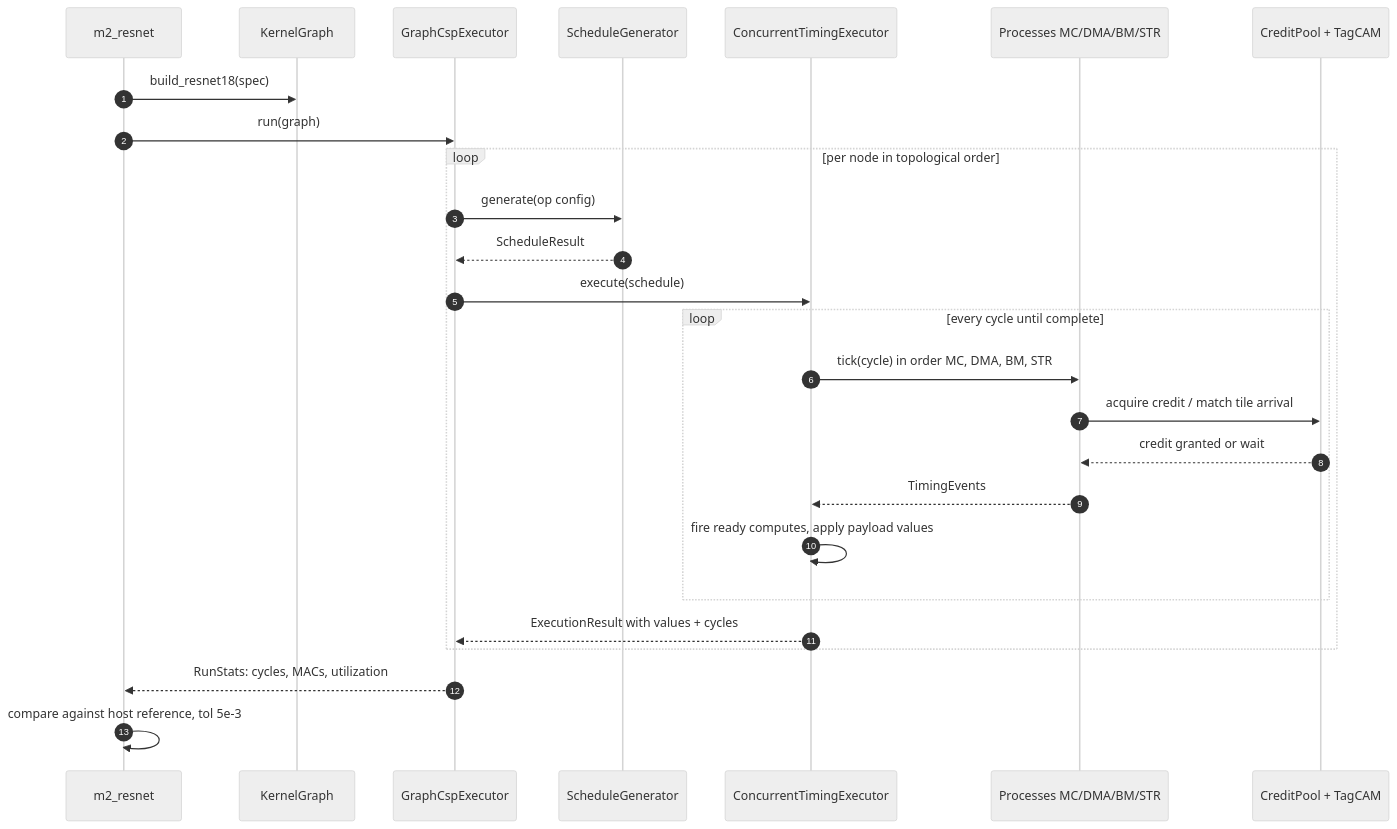
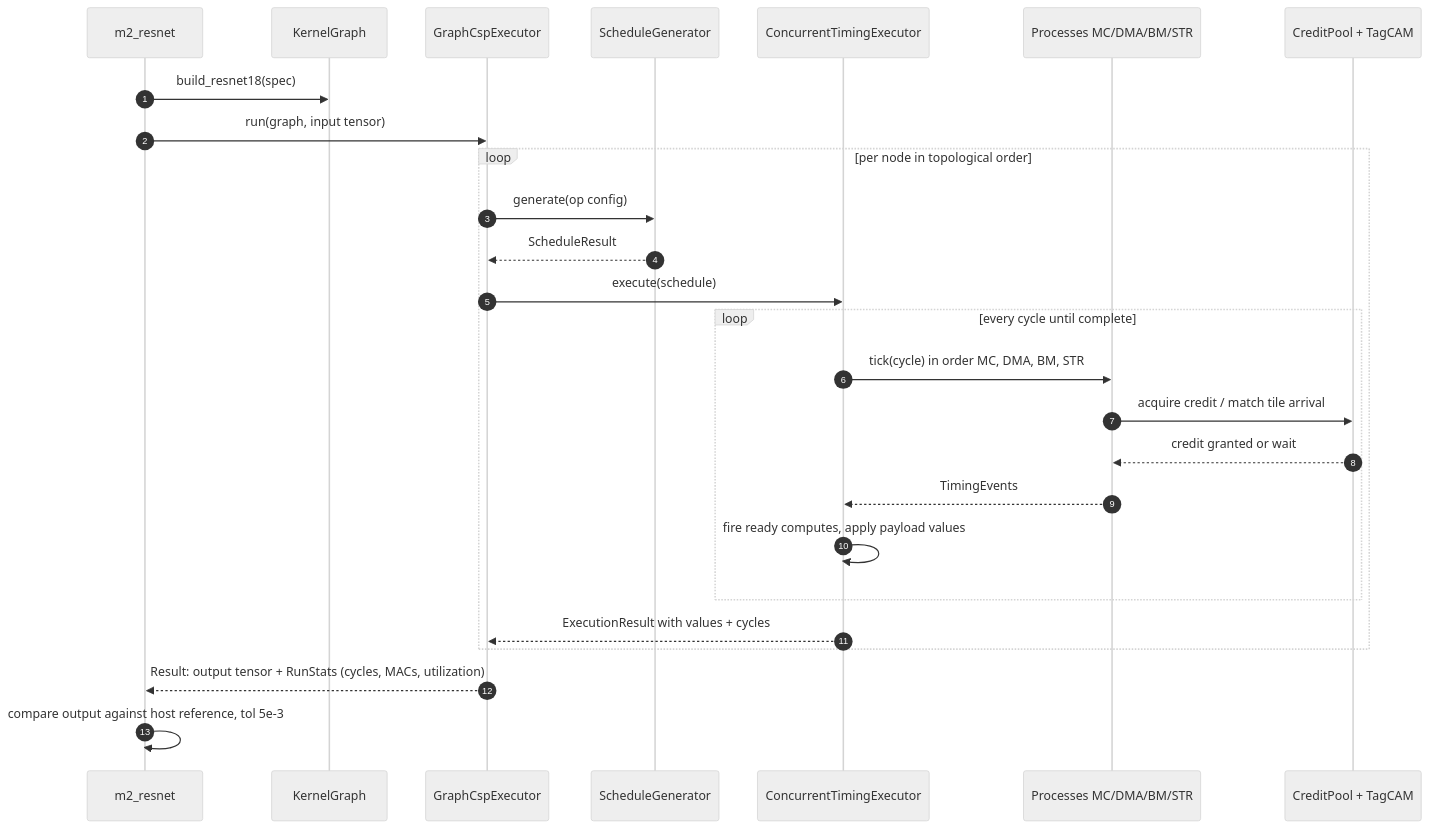
One commit to stillwater-sc/kpu-sim changed the sixth of 8 diagrams in docs/architecture/program-execution-uml.md. Above: the diagram before and after it, drawn with Mermaid (neutral theme). The commit also changed other lines of this file, not shown here.

First line of the commit message:
docs(architecture): match the real APIs in the UML (#272 review)

````diff
--- a/docs/architecture/program-execution-uml.md
+++ b/docs/architecture/program-execution-uml.md
@@ -367,29 +375,29 @@
 ```mermaid
 sequenceDiagram
     autonumber
     participant App as m2_resnet
     participant KG as KernelGraph
     participant GX as GraphCspExecutor
     participant Gen as ScheduleGenerator
     participant CTE as ConcurrentTimingExecutor
     participant P as Processes MC/DMA/BM/STR
     participant CP as CreditPool + TagCAM
 
     App->>KG: build_resnet18(spec)
-    App->>GX: run(graph)
+    App->>GX: run(graph, input tensor)
     loop per node in topological order
         GX->>Gen: generate(op config)
         Gen-->>GX: ScheduleResult
         GX->>CTE: execute(schedule)
         loop every cycle until complete
             CTE->>P: tick(cycle) in order MC, DMA, BM, STR
             P->>CP: acquire credit / match tile arrival
             CP-->>P: credit granted or wait
             P-->>CTE: TimingEvents
             CTE->>CTE: fire ready computes, apply payload values
         end
         CTE-->>GX: ExecutionResult with values + cycles
     end
-    GX-->>App: RunStats: cycles, MACs, utilization
-    App->>App: compare against host reference, tol 5e-3
+    GX-->>App: Result: output tensor + RunStats (cycles, MACs, utilization)
+    App->>App: compare output against host reference, tol 5e-3
 ```
````
